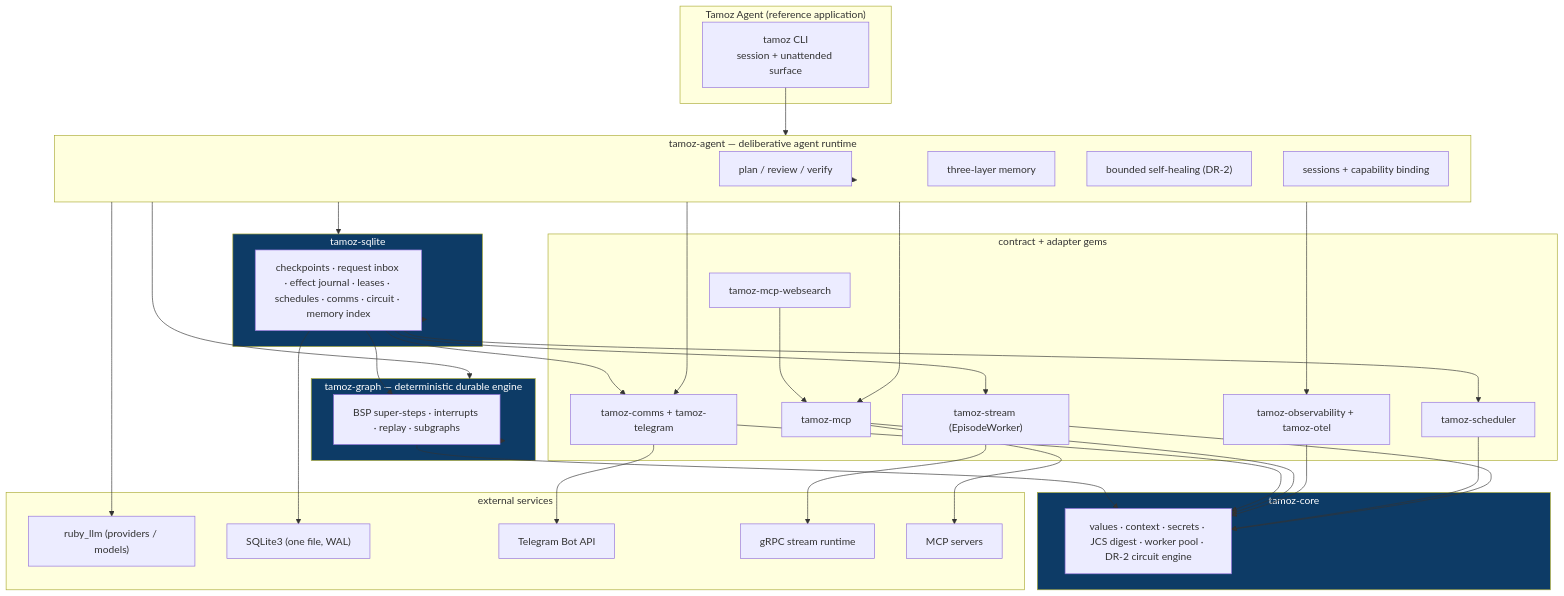
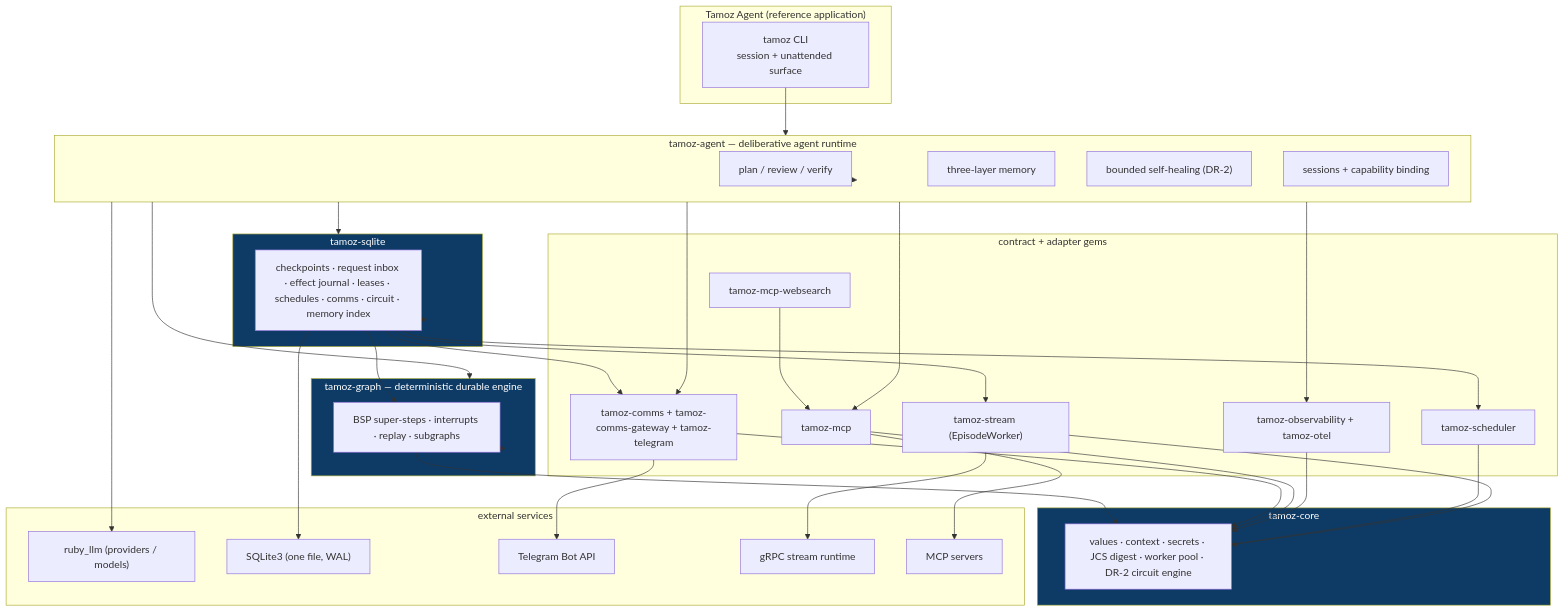
The diagram in documentation/architecture/overview.md (ghassan-ai-projects/tamoz), drawn with Mermaid before and after one commit. The commit also changed other lines of this file and 58 other files, not shown here.

````diff
--- a/documentation/architecture/overview.md
+++ b/documentation/architecture/overview.md
@@ -9,72 +9,72 @@
 ```mermaid
 flowchart TB
     subgraph App["Tamoz Agent (reference application)"]
         CLI["tamoz CLI<br/>session + unattended surface"]
     end
 
     subgraph Agent["tamoz-agent — deliberative agent runtime"]
         AR["plan / review / verify"]
         AM["three-layer memory"]
         AH["bounded self-healing (DR-2)"]
         AS["sessions + capability binding"]
     end
 
     subgraph Contracts["contract + adapter gems"]
-        C["tamoz-comms + tamoz-telegram"]
+        C["tamoz-comms + tamoz-comms-gateway + tamoz-telegram"]
         O["tamoz-observability + tamoz-otel"]
         M["tamoz-mcp"]
         MW["tamoz-mcp-websearch"]
         SC["tamoz-scheduler"]
         ST["tamoz-stream (EpisodeWorker)"]
     end
 
     subgraph Engine["tamoz-graph — deterministic durable engine"]
         G["BSP super-steps · interrupts · replay · subgraphs"]
     end
 
     subgraph Shared["tamoz-core"]
         S["values · context · secrets · JCS digest · worker pool · DR-2 circuit engine"]
     end
 
     subgraph Durable["tamoz-sqlite"]
         P["checkpoints · request inbox · effect journal · leases · schedules · comms · circuit · memory index"]
     end
 
     subgraph Ext["external services"]
         LLM["ruby_llm (providers / models)"]
         SQL["SQLite3 (one file, WAL)"]
         TG["Telegram Bot API"]
         GRPC["gRPC stream runtime"]
         MCP_SRV["MCP servers"]
     end
 
     CLI --> Agent
     Agent --> AR
     Agent --> Engine
     Agent --> Durable
     Agent --> LLM
     Agent --> C
     Agent --> O
     Agent --> M
     Engine --> G
     G --> S
     C --> S
     M --> S
     O --> S
     SC --> S
     ST --> S
     Durable --> P
     P --> G
     P --> SC
     P --> ST
     P --> C
     P --> SQL
     C --> TG
     M --> MCP_SRV
     MW --> M
     ST --> GRPC
 
     style Engine fill:#0d3b66,color:#fff
     style Durable fill:#0d3b66,color:#fff
     style Shared fill:#0d3b66,color:#fff
 ```
````
